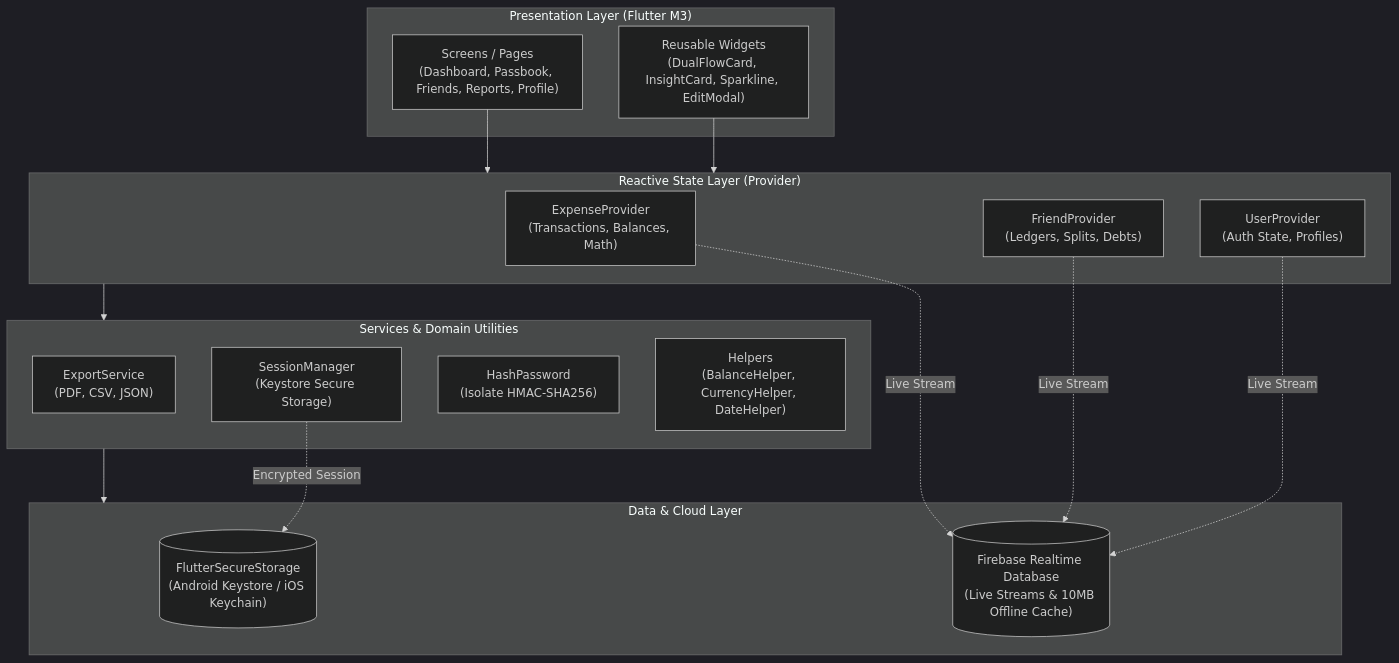
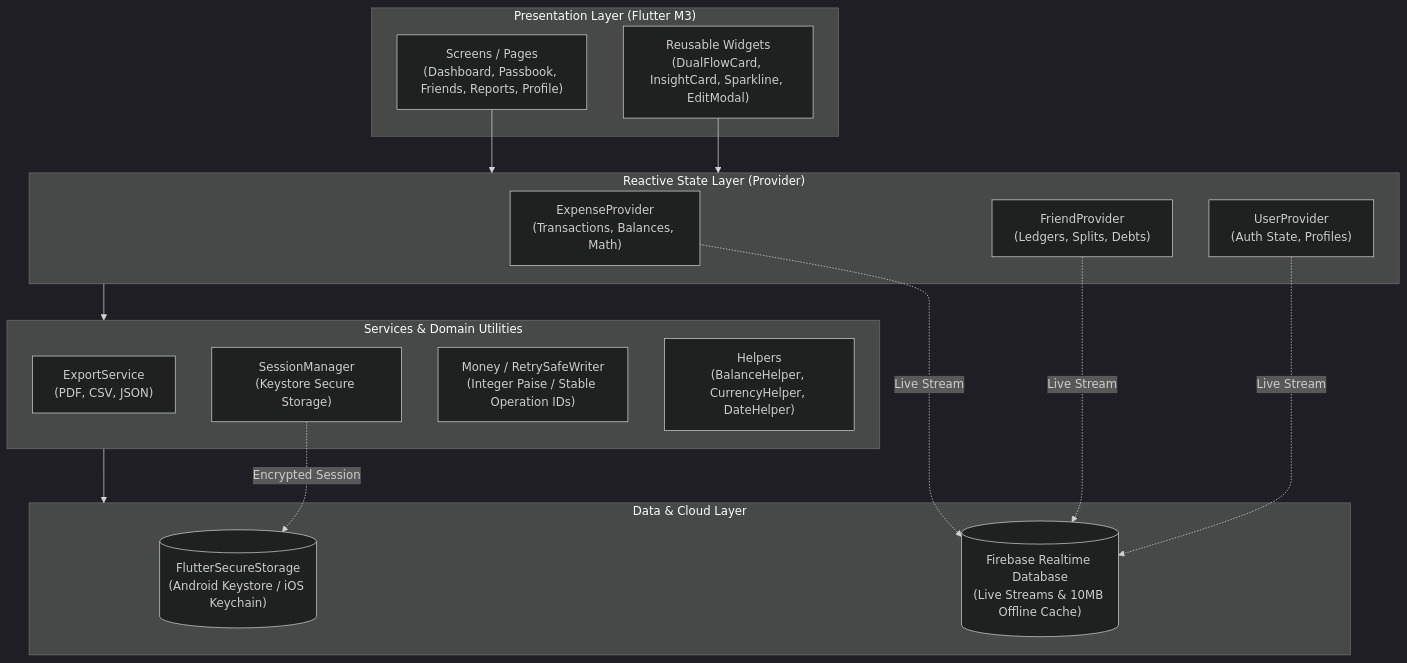
The first of 3 diagrams in README.md (VishalNakum1210/FinTrack), drawn with Mermaid (dark theme) before and after one commit. The commit also changed other lines of this file and 84 other files, not shown here.

````diff
--- a/README.md
+++ b/README.md
@@ -208,34 +208,34 @@
 ```mermaid
 flowchart TD
     subgraph UI ["Presentation Layer (Flutter M3)"]
         A["Screens / Pages<br>(Dashboard, Passbook, Friends, Reports, Profile)"]
         B["Reusable Widgets<br>(DualFlowCard, InsightCard, Sparkline, EditModal)"]
     end
 
     subgraph State ["Reactive State Layer (Provider)"]
         C["ExpenseProvider<br>(Transactions, Balances, Math)"]
         D["FriendProvider<br>(Ledgers, Splits, Debts)"]
         E["UserProvider<br>(Auth State, Profiles)"]
     end
 
     subgraph Services ["Services & Domain Utilities"]
         F["ExportService<br>(PDF, CSV, JSON)"]
         G["SessionManager<br>(Keystore Secure Storage)"]
-        H["HashPassword<br>(Isolate HMAC-SHA256)"]
+        H["Money / RetrySafeWriter<br>(Integer Paise / Stable Operation IDs)"]
         I["Helpers<br>(BalanceHelper, CurrencyHelper, DateHelper)"]
     end
 
     subgraph Data ["Data & Cloud Layer"]
         J[("Firebase Realtime Database<br>(Live Streams & 10MB Offline Cache)")]
         K[("FlutterSecureStorage<br>(Android Keystore / iOS Keychain)")]
     end
 
     A --> State
     B --> State
     State --> Services
     Services --> Data
     C -.->|Live Stream| J
     D -.->|Live Stream| J
     E -.->|Live Stream| J
     G -.->|Encrypted Session| K
 ```
````
